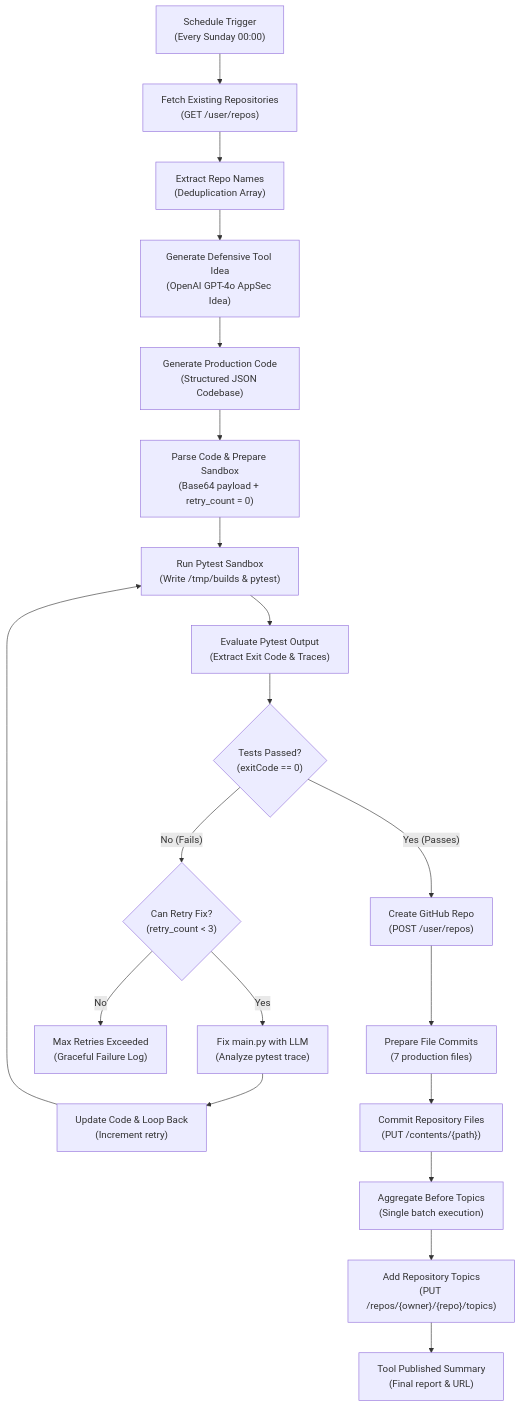
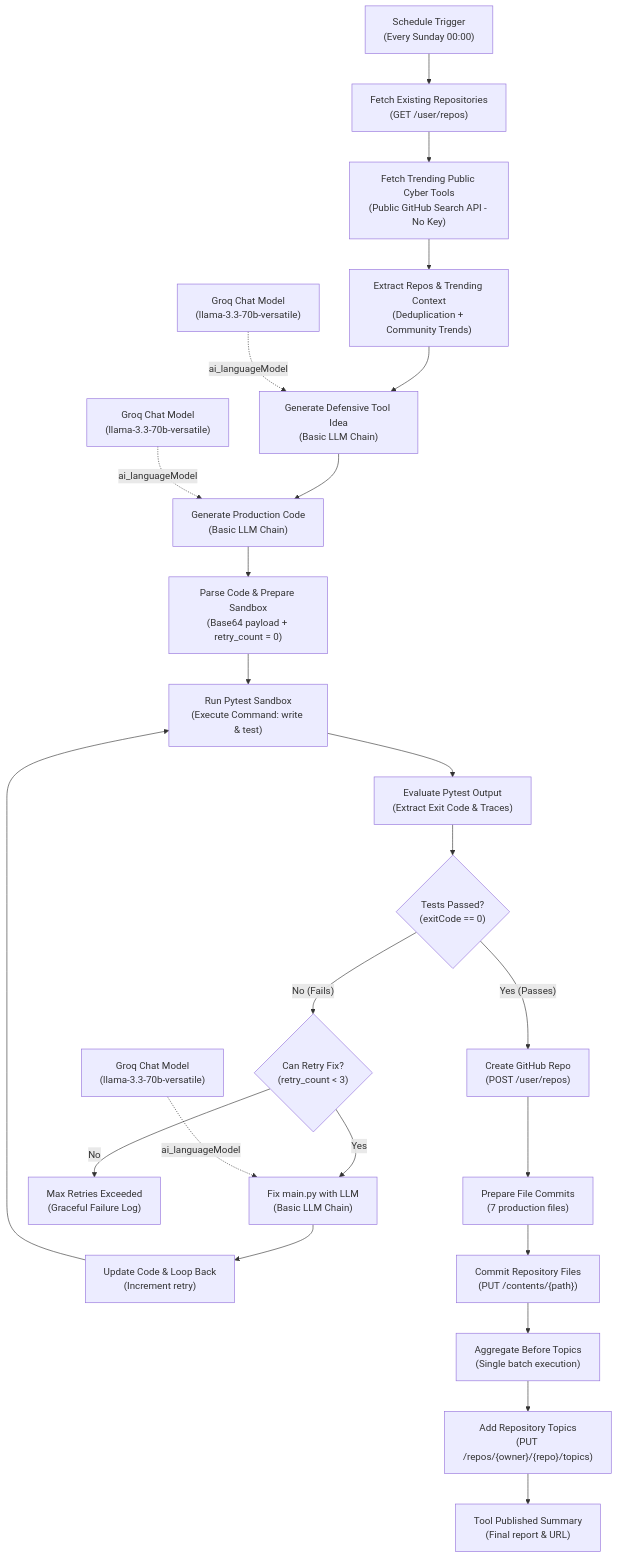
One commit to 4li466as/Autonomous-Tested-Cyber-Tool-Builder-And-GitHub-Publisher changed the diagram in README.md. Above: the diagram before and after it, drawn with Mermaid. The commit also changed other lines of this file and 1 other file, not shown here.

Commit message:
feat: migrate to Groq free tier API and add public GitHub search API

````diff
--- a/README.md
+++ b/README.md
@@ -42,24 +28,31 @@
 ```mermaid
 graph TD
     A["Schedule Trigger<br/>(Every Sunday 00:00)"] --> B["Fetch Existing Repositories<br/>(GET /user/repos)"]
-    B --> C["Extract Repo Names<br/>(Deduplication Array)"]
-    C --> D["Generate Defensive Tool Idea<br/>(OpenAI GPT-4o AppSec Idea)"]
-    D --> E["Generate Production Code<br/>(Structured JSON Codebase)"]
-    E --> F["Parse Code & Prepare Sandbox<br/>(Base64 payload + retry_count = 0)"]
-    F --> G["Run Pytest Sandbox<br/>(Write /tmp/builds & pytest)"]
-    G --> H["Evaluate Pytest Output<br/>(Extract Exit Code & Traces)"]
-    H --> I{"Tests Passed?<br/>(exitCode == 0)"}
+    B --> C["Fetch Trending Public Cyber Tools<br/>(Public GitHub Search API - No Key)"]
+    C --> D["Extract Repos & Trending Context<br/>(Deduplication + Community Trends)"]
+    
+    D --> E["Generate Defensive Tool Idea<br/>(Basic LLM Chain)"]
+    E1["Groq Chat Model<br/>(llama-3.3-70b-versatile)"] -.->|ai_languageModel| E
+    
+    E --> F["Generate Production Code<br/>(Basic LLM Chain)"]
+    F1["Groq Chat Model<br/>(llama-3.3-70b-versatile)"] -.->|ai_languageModel| F
 
-    I -- "No (Fails)" --> J{"Can Retry Fix?<br/>(retry_count < 3)"}
-    J -- "Yes" --> K["Fix main.py with LLM<br/>(Analyze pytest trace)"]
-    K --> L["Update Code & Loop Back<br/>(Increment retry)"]
-    L --> G
-    J -- "No" --> M["Max Retries Exceeded<br/>(Graceful Failure Log)"]
+    F --> G["Parse Code & Prepare Sandbox<br/>(Base64 payload + retry_count = 0)"]
+    G --> H["Run Pytest Sandbox<br/>(Execute Command: write & test)"]
+    H --> I["Evaluate Pytest Output<br/>(Extract Exit Code & Traces)"]
+    I --> J{"Tests Passed?<br/>(exitCode == 0)"}
 
-    I -- "Yes (Passes)" --> N["Create GitHub Repo<br/>(POST /user/repos)"]
-    N --> O["Prepare File Commits<br/>(7 production files)"]
-    O --> P["Commit Repository Files<br/>(PUT /contents/{path})"]
-    P --> Q["Aggregate Before Topics<br/>(Single batch execution)"]
-    Q --> R["Add Repository Topics<br/>(PUT /repos/{owner}/{repo}/topics)"]
-    R --> S["Tool Published Summary<br/>(Final report & URL)"]
+    J -- "No (Fails)" --> K{"Can Retry Fix?<br/>(retry_count < 3)"}
+    K -- "Yes" --> L["Fix main.py with LLM<br/>(Basic LLM Chain)"]
+    L1["Groq Chat Model<br/>(llama-3.3-70b-versatile)"] -.->|ai_languageModel| L
+    L --> M["Update Code & Loop Back<br/>(Increment retry)"]
+    M --> H
+    K -- "No" --> N["Max Retries Exceeded<br/>(Graceful Failure Log)"]
+
+    J -- "Yes (Passes)" --> O["Create GitHub Repo<br/>(POST /user/repos)"]
+    O --> P["Prepare File Commits<br/>(7 production files)"]
+    P --> Q["Commit Repository Files<br/>(PUT /contents/{path})"]
+    Q --> R["Aggregate Before Topics<br/>(Single batch execution)"]
+    R --> S["Add Repository Topics<br/>(PUT /repos/{owner}/{repo}/topics)"]
+    S --> T["Tool Published Summary<br/>(Final report & URL)"]
 ```
````
